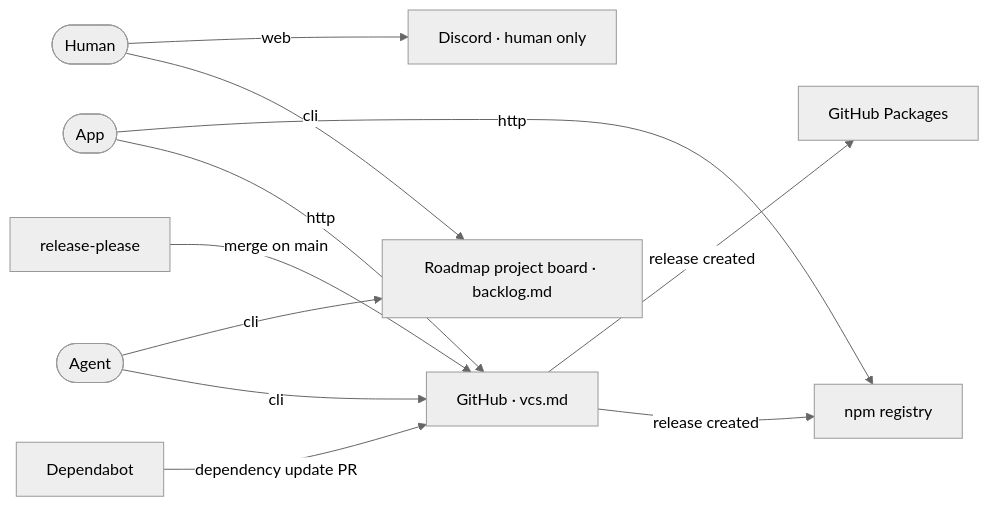
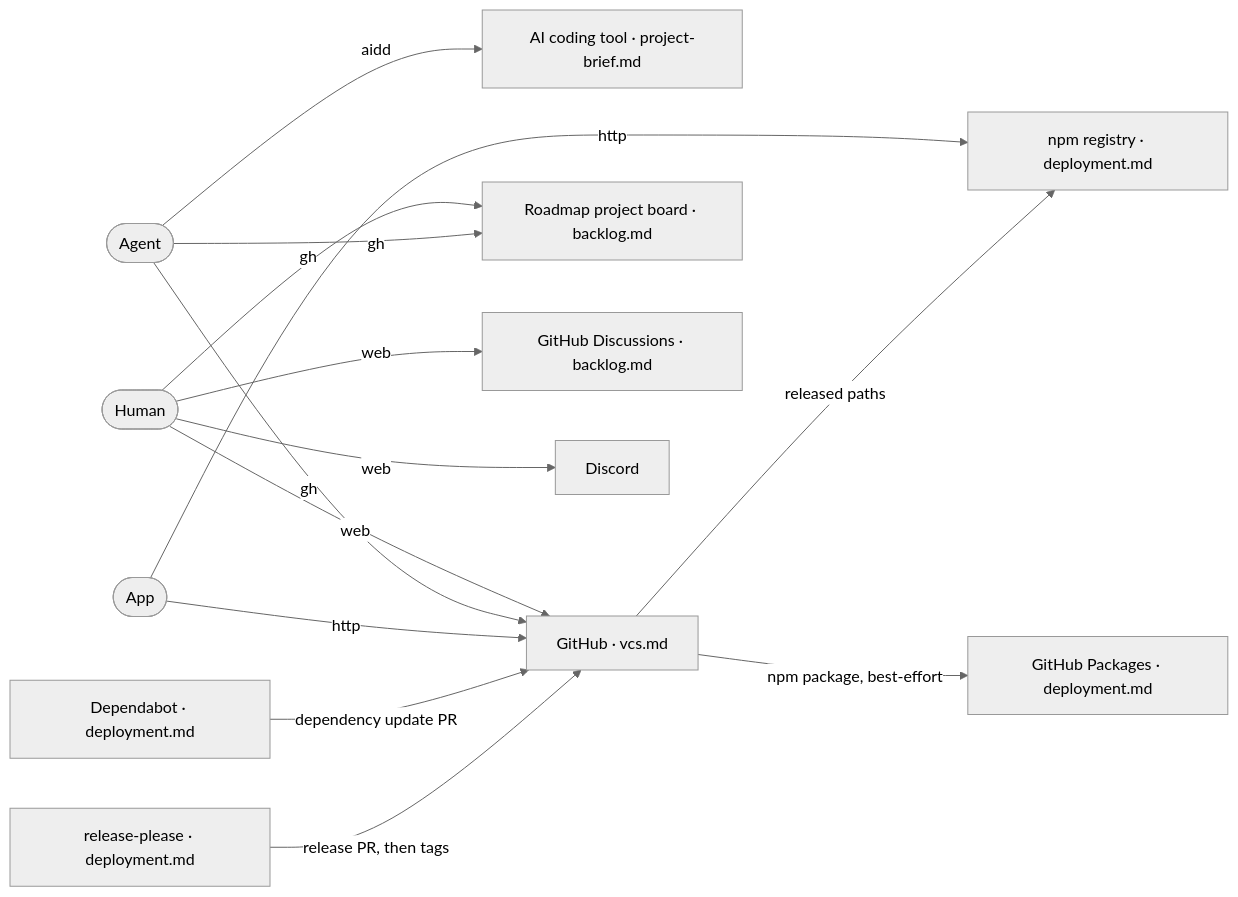
One commit to ai-driven-dev/aidd-framework changed the diagram in aidd_docs/memory/ecosystem.md. Above: the diagram before and after it, drawn with Mermaid (neutral theme). The commit also changed 46 other files, not shown here.

````diff
--- a/aidd_docs/memory/ecosystem.md
+++ b/aidd_docs/memory/ecosystem.md
@@ -3,25 +3,30 @@
 ```mermaid
 flowchart LR
   Human([Human])
   Agent([Agent])
   App([App])
+  Tool["AI coding tool · project-brief.md"]
   GitHub["GitHub · vcs.md"]
   Board["Roadmap project board · backlog.md"]
-  Npm["npm registry"]
-  Packages["GitHub Packages"]
-  Discord["Discord · human only"]
-  ReleasePlease["release-please"]
-  Dependabot["Dependabot"]
+  Discussions["GitHub Discussions · backlog.md"]
+  Npm["npm registry · deployment.md"]
+  Packages["GitHub Packages · deployment.md"]
+  Discord["Discord"]
+  ReleasePlease["release-please · deployment.md"]
+  Dependabot["Dependabot · deployment.md"]
 
-  Agent -- cli --> GitHub
-  Agent -- cli --> Board
-  Human -- cli --> Board
+  Human -- web --> GitHub
+  Human -- gh --> Board
+  Human -- web --> Discussions
+  Human -- web --> Discord
+  Agent -- gh --> GitHub
+  Agent -- gh --> Board
+  Agent -- aidd --> Tool
   App -- http --> GitHub
   App -- http --> Npm
-  Human -- web --> Discord
 
   Dependabot -- "dependency update PR" --> GitHub
-  ReleasePlease -- "merge on main" --> GitHub
-  GitHub -- "release created" --> Npm
-  GitHub -- "release created" --> Packages
+  ReleasePlease -- "release PR, then tags" --> GitHub
+  GitHub -- "released paths" --> Npm
+  GitHub -- "npm package, best-effort" --> Packages
 ```
````
